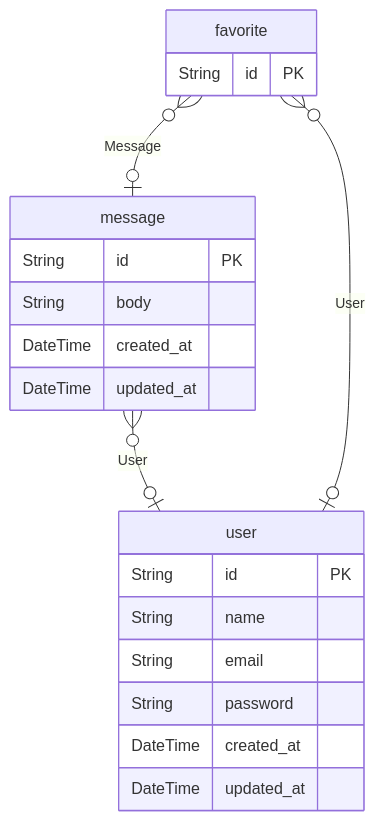
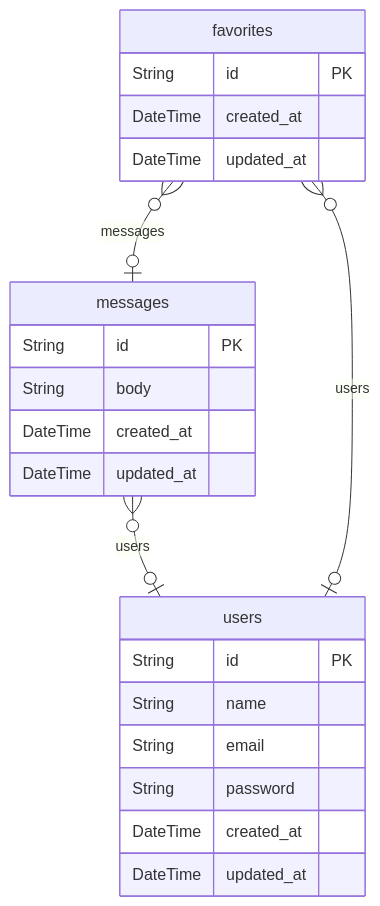
One commit to na2na-p/sns-app changed the diagram in documents/db/erd.md. Above: the diagram before and after it, drawn with Mermaid. The commit also changed 2 other files, not shown here.

Commit message:
指摘事項対応 - favoritesにcreated_at, updated_at追加 - テーブル名を複数形に

````diff
--- a/documents/db/erd.md
+++ b/documents/db/erd.md
@@ -1,29 +1,31 @@
 ```mermaid
 erDiagram
 
-  user {
+  users {
     String id PK 
     String name  
     String email  
     String password  
     DateTime created_at  
     DateTime updated_at  
     }
   
 
-  message {
+  messages {
     String id PK 
     String body  
     DateTime created_at  
     DateTime updated_at  
     }
   
 
-  favorite {
+  favorites {
     String id PK 
+    DateTime created_at  
+    DateTime updated_at  
     }
   
-    message o{--|o user : "User"
-    favorite o{--|o user : "User"
-    favorite o{--|o message : "Message"
+    messages o{--|o users : "users"
+    favorites o{--|o users : "users"
+    favorites o{--|o messages : "messages"
 ```
````
